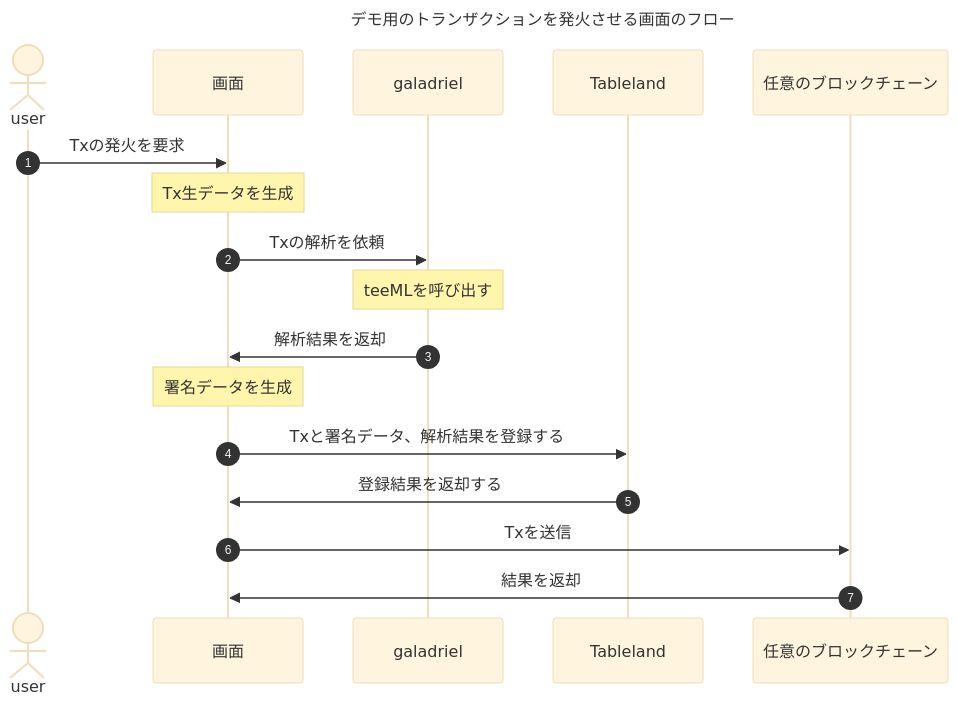
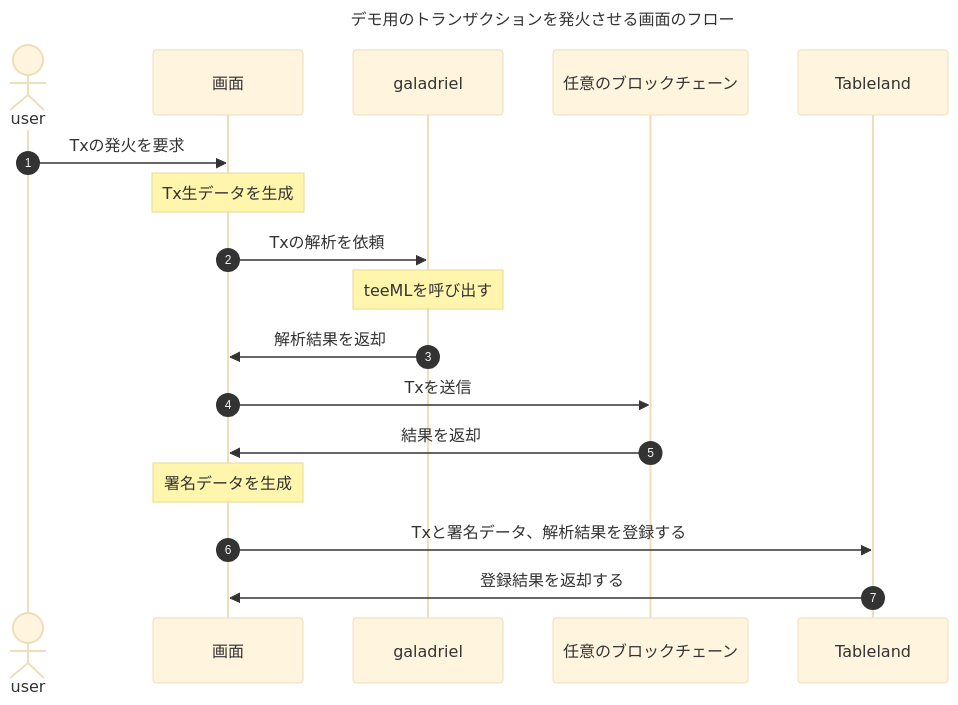
Before and after one commit to mashharuki/ETHOnline2024: the fourth of 4 diagrams in docs/memo/sequense.md, drawn with Mermaid (base theme). The commit also changed other lines of this file, not shown here.

````diff
--- a/docs/memo/sequense.md
+++ b/docs/memo/sequense.md
@@ -53,20 +53,20 @@
 ```mermaid
 sequenceDiagram
     autonumber
     title: デモ用のトランザクションを発火させる画面のフロー
     actor user
     participant front as 画面
     participant ai as galadriel
+    participant chain as 任意のブロックチェーン
     participant db as Tableland
-    participant chain as 任意のブロックチェーン
     user ->> front: Txの発火を要求
     Note over front: Tx生データを生成
     front ->> ai: Txの解析を依頼
     Note over ai: teeMLを呼び出す
     ai ->> front: 解析結果を返却
+    front ->> chain: Txを送信
+    chain ->> front: 結果を返却
     Note over front: 署名データを生成
     front ->> db: Txと署名データ、解析結果を登録する
     db ->> front: 登録結果を返却する
-    front ->> chain: Txを送信
-    chain ->> front: 結果を返却
 ```
````
